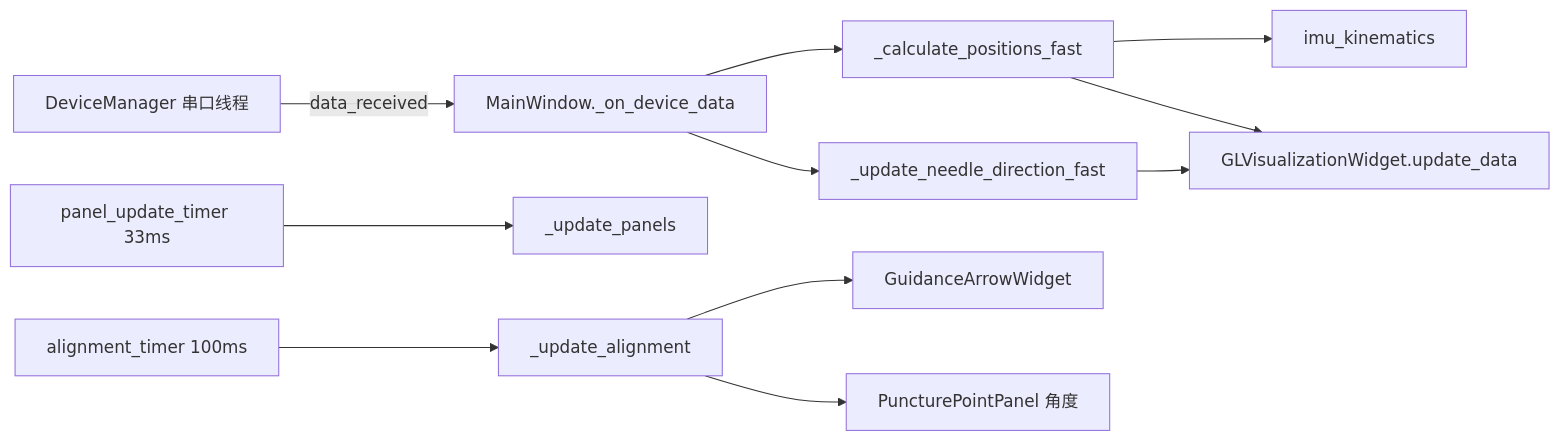
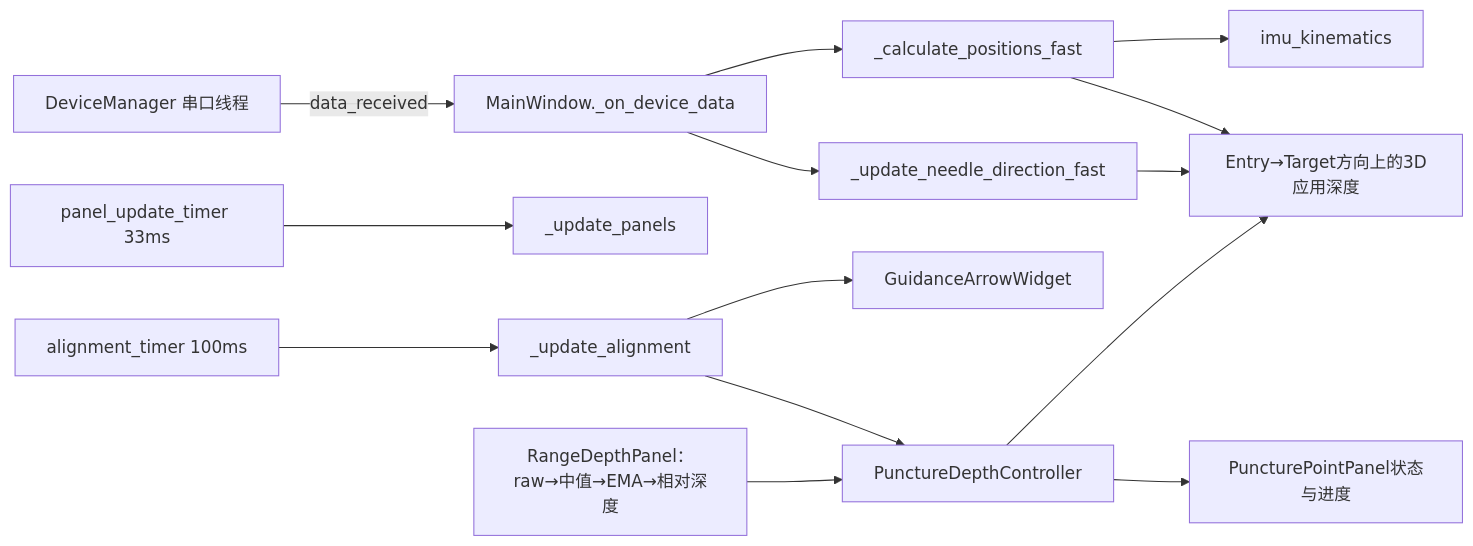
Before and after one commit to Mlichstrabe/needle_tracking: the diagram in AGENTS.md, drawn with Mermaid. The commit also changed other lines of this file and 83 other files, not shown here.

````diff
--- a/AGENTS.md
+++ b/AGENTS.md
@@ -82,12 +85,15 @@
 ```mermaid
 flowchart LR
   DM[DeviceManager 串口线程] -->|data_received| MW[MainWindow._on_device_data]
   MW --> Calc[_calculate_positions_fast]
   Calc --> IK[imu_kinematics]
   Calc --> GL[GLVisualizationWidget.update_data]
   MW --> Dir[_update_needle_direction_fast] --> GL
   T33[panel_update_timer 33ms] --> Panels[_update_panels]
   T100[alignment_timer 100ms] --> Align[_update_alignment]
   Align --> Guide[GuidanceArrowWidget]
-  Align --> PP[PuncturePointPanel 角度]
+  Align --> PC[PunctureDepthController]
+  RP[RangeDepthPanel：raw→中值→EMA→相对深度] --> PC
+  PC --> GL[Entry→Target方向上的3D应用深度]
+  PC --> PP[PuncturePointPanel状态与进度]
 ```
````
